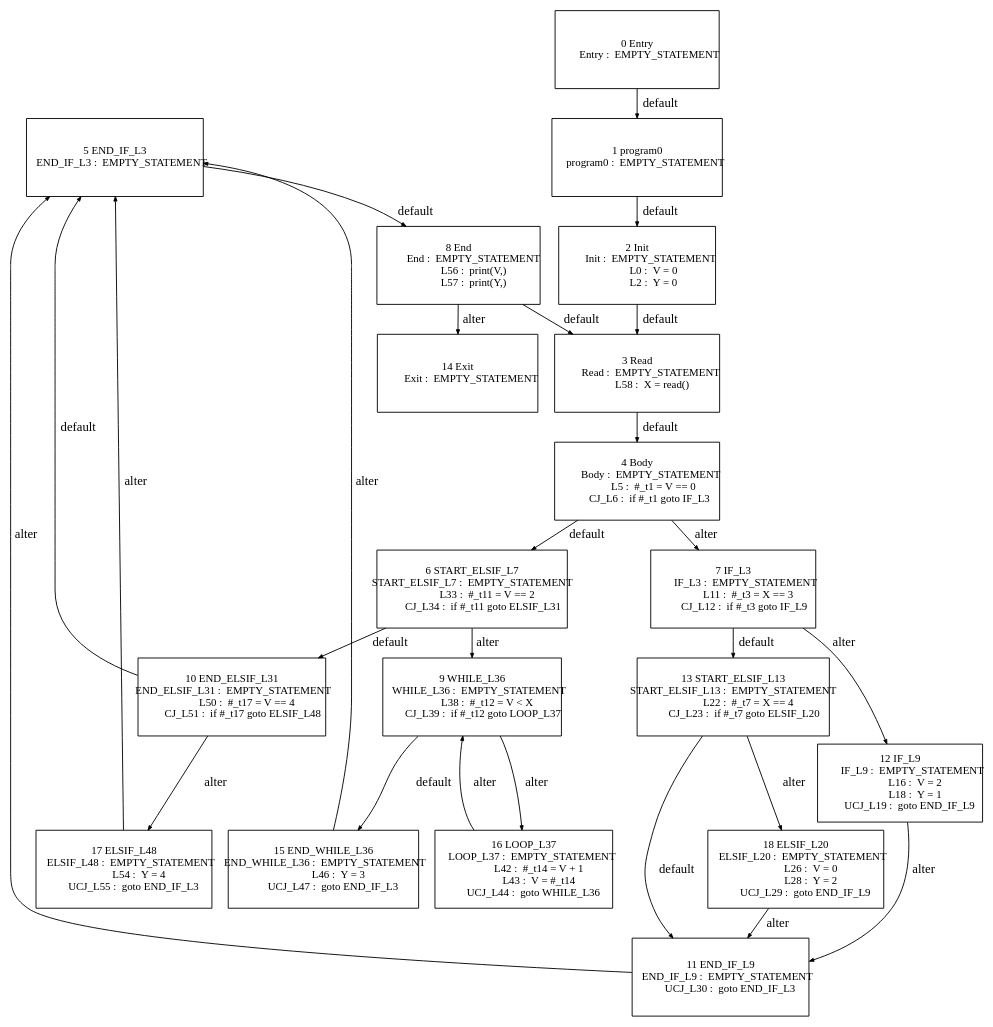
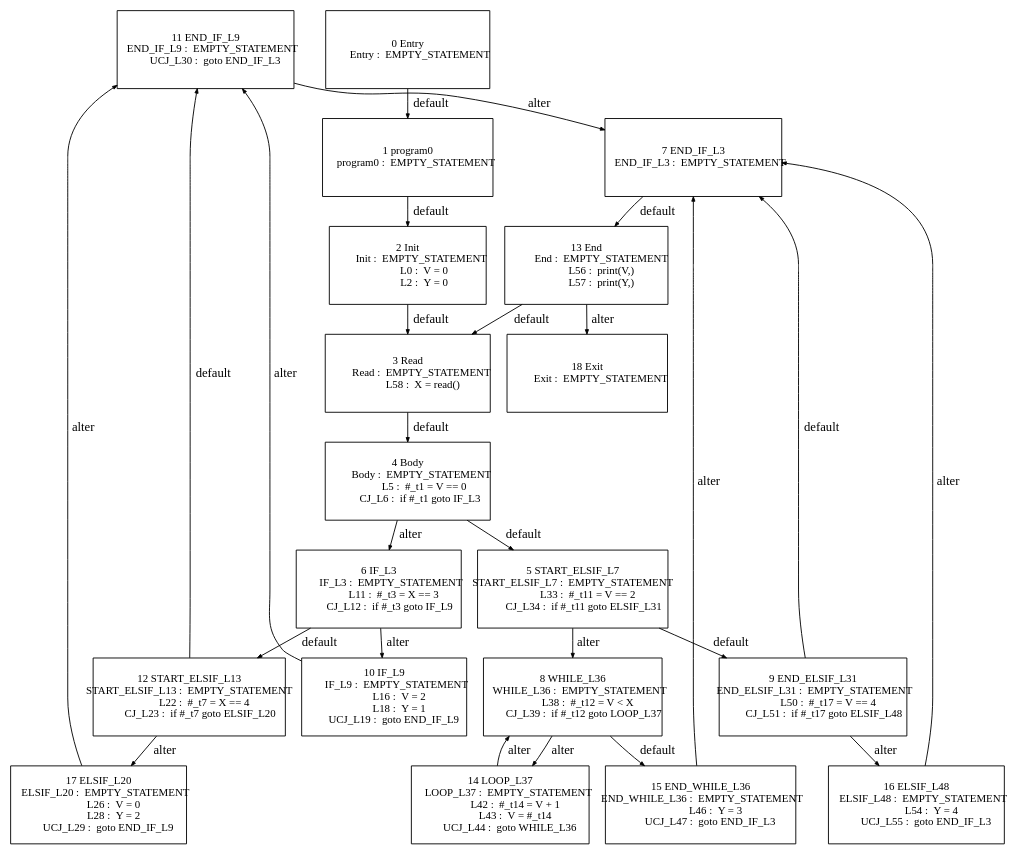
The diagram in tests_programs/paper1_tests/example_output/Graph_example_DSE_0.dot (Geoffrey1014/ST_DSE), drawn with Graphviz before and after one commit. The commit also changed 117 other files, not shown here.

```diff
--- a/tests_programs/paper1_tests/example_output/Graph_example_DSE_0.dot
+++ b/tests_programs/paper1_tests/example_output/Graph_example_DSE_0.dot
@@ -3,71 +3,71 @@
   edge [arrowsize=.5]
   node [shape=rectangle, fontname="ArialNarrow",
         fontsize=12,  height=1.2];
-  "5 END_IF_L3
-      END_IF_L3 :  EMPTY_STATEMENT
-"; "11 END_IF_L9
+  "11 END_IF_L9
       END_IF_L9 :  EMPTY_STATEMENT
         UCJ_L30 :  goto END_IF_L3
-"; "18 ELSIF_L20
-      ELSIF_L20 :  EMPTY_STATEMENT
-            L26 :  V = 0
-            L28 :  Y = 2
-        UCJ_L29 :  goto END_IF_L9
-"; "6 START_ELSIF_L7
+"; "5 START_ELSIF_L7
  START_ELSIF_L7 :  EMPTY_STATEMENT
             L33 :  #_t11 = V == 2
          CJ_L34 :  if #_t11 goto ELSIF_L31
-"; "9 WHILE_L36
+"; "6 IF_L3
+          IF_L3 :  EMPTY_STATEMENT
+            L11 :  #_t3 = X == 3
+         CJ_L12 :  if #_t3 goto IF_L9
+"; "8 WHILE_L36
       WHILE_L36 :  EMPTY_STATEMENT
             L38 :  #_t12 = V < X
          CJ_L39 :  if #_t12 goto LOOP_L37
 "; "3 Read
            Read :  EMPTY_STATEMENT
             L58 :  X = read()
-"; "10 END_ELSIF_L31
+"; "12 START_ELSIF_L13
+START_ELSIF_L13 :  EMPTY_STATEMENT
+            L22 :  #_t7 = X == 4
+         CJ_L23 :  if #_t7 goto ELSIF_L20
+"; "17 ELSIF_L20
+      ELSIF_L20 :  EMPTY_STATEMENT
+            L26 :  V = 0
+            L28 :  Y = 2
+        UCJ_L29 :  goto END_IF_L9
+"; "14 LOOP_L37
+       LOOP_L37 :  EMPTY_STATEMENT
+            L42 :  #_t14 = V + 1
+            L43 :  V = #_t14
+        UCJ_L44 :  goto WHILE_L36
+"; "13 End
+            End :  EMPTY_STATEMENT
+            L56 :  print(V,)
+            L57 :  print(Y,)
+"; "16 ELSIF_L48
+      ELSIF_L48 :  EMPTY_STATEMENT
+            L54 :  Y = 4
+        UCJ_L55 :  goto END_IF_L3
+"; "9 END_ELSIF_L31
   END_ELSIF_L31 :  EMPTY_STATEMENT
             L50 :  #_t17 = V == 4
          CJ_L51 :  if #_t17 goto ELSIF_L48
+"; "7 END_IF_L3
+      END_IF_L3 :  EMPTY_STATEMENT
 "; "2 Init
            Init :  EMPTY_STATEMENT
              L0 :  V = 0
              L2 :  Y = 0
-"; "16 LOOP_L37
-       LOOP_L37 :  EMPTY_STATEMENT
-            L42 :  #_t14 = V + 1
-            L43 :  V = #_t14
-        UCJ_L44 :  goto WHILE_L36
 "; "4 Body
            Body :  EMPTY_STATEMENT
              L5 :  #_t1 = V == 0
           CJ_L6 :  if #_t1 goto IF_L3
 "; "0 Entry
           Entry :  EMPTY_STATEMENT
-"; "8 End
-            End :  EMPTY_STATEMENT
-            L56 :  print(V,)
-            L57 :  print(Y,)
-"; "14 Exit
+"; "18 Exit
            Exit :  EMPTY_STATEMENT
 "; "1 program0
        program0 :  EMPTY_STATEMENT
-"; "7 IF_L3
-          IF_L3 :  EMPTY_STATEMENT
-            L11 :  #_t3 = X == 3
-         CJ_L12 :  if #_t3 goto IF_L9
-"; "13 START_ELSIF_L13
-START_ELSIF_L13 :  EMPTY_STATEMENT
-            L22 :  #_t7 = X == 4
-         CJ_L23 :  if #_t7 goto ELSIF_L20
-"; "12 IF_L9
+"; "10 IF_L9
           IF_L9 :  EMPTY_STATEMENT
             L16 :  V = 2
             L18 :  Y = 1
         UCJ_L19 :  goto END_IF_L9
-"; "17 ELSIF_L48
-      ELSIF_L48 :  EMPTY_STATEMENT
-            L54 :  Y = 4
-        UCJ_L55 :  goto END_IF_L3
 "; "15 END_WHILE_L36
   END_WHILE_L36 :  EMPTY_STATEMENT
             L46 :  Y = 3
@@ -92,7 +92,7 @@
            Body :  EMPTY_STATEMENT
              L5 :  #_t1 = V == 0
           CJ_L6 :  if #_t1 goto IF_L3
-" -> "6 START_ELSIF_L7
+" -> "5 START_ELSIF_L7
  START_ELSIF_L7 :  EMPTY_STATEMENT
             L33 :  #_t11 = V == 2
          CJ_L34 :  if #_t11 goto ELSIF_L31
@@ -101,31 +101,31 @@
            Body :  EMPTY_STATEMENT
              L5 :  #_t1 = V == 0
           CJ_L6 :  if #_t1 goto IF_L3
-" -> "7 IF_L3
+" -> "6 IF_L3
           IF_L3 :  EMPTY_STATEMENT
             L11 :  #_t3 = X == 3
          CJ_L12 :  if #_t3 goto IF_L9
 "  [label="alter"];
-  "7 IF_L3
+  "6 IF_L3
           IF_L3 :  EMPTY_STATEMENT
             L11 :  #_t3 = X == 3
          CJ_L12 :  if #_t3 goto IF_L9
-" -> "13 START_ELSIF_L13
+" -> "12 START_ELSIF_L13
 START_ELSIF_L13 :  EMPTY_STATEMENT
             L22 :  #_t7 = X == 4
          CJ_L23 :  if #_t7 goto ELSIF_L20
 "  [label="default"];
-  "7 IF_L3
+  "6 IF_L3
           IF_L3 :  EMPTY_STATEMENT
             L11 :  #_t3 = X == 3
          CJ_L12 :  if #_t3 goto IF_L9
-" -> "12 IF_L9
+" -> "10 IF_L9
           IF_L9 :  EMPTY_STATEMENT
             L16 :  V = 2
             L18 :  Y = 1
         UCJ_L19 :  goto END_IF_L9
 "  [label="alter"];
-  "12 IF_L9
+  "10 IF_L9
           IF_L9 :  EMPTY_STATEMENT
             L16 :  V = 2
             L18 :  Y = 1
@@ -134,7 +134,7 @@
       END_IF_L9 :  EMPTY_STATEMENT
         UCJ_L30 :  goto END_IF_L3
 "  [label="alter"];
-  "13 START_ELSIF_L13
+  "12 START_ELSIF_L13
 START_ELSIF_L13 :  EMPTY_STATEMENT
             L22 :  #_t7 = X == 4
          CJ_L23 :  if #_t7 goto ELSIF_L20
@@ -142,17 +142,17 @@
       END_IF_L9 :  EMPTY_STATEMENT
         UCJ_L30 :  goto END_IF_L3
 "  [label="default"];
-  "13 START_ELSIF_L13
+  "12 START_ELSIF_L13
 START_ELSIF_L13 :  EMPTY_STATEMENT
             L22 :  #_t7 = X == 4
          CJ_L23 :  if #_t7 goto ELSIF_L20
-" -> "18 ELSIF_L20
+" -> "17 ELSIF_L20
       ELSIF_L20 :  EMPTY_STATEMENT
             L26 :  V = 0
             L28 :  Y = 2
         UCJ_L29 :  goto END_IF_L9
 "  [label="alter"];
-  "18 ELSIF_L20
+  "17 ELSIF_L20
       ELSIF_L20 :  EMPTY_STATEMENT
             L26 :  V = 0
             L28 :  Y = 2
@@ -164,28 +164,28 @@
   "11 END_IF_L9
       END_IF_L9 :  EMPTY_STATEMENT
         UCJ_L30 :  goto END_IF_L3
-" -> "5 END_IF_L3
+" -> "7 END_IF_L3
       END_IF_L3 :  EMPTY_STATEMENT
 "  [label="alter"];
-  "6 START_ELSIF_L7
+  "5 START_ELSIF_L7
  START_ELSIF_L7 :  EMPTY_STATEMENT
             L33 :  #_t11 = V == 2
          CJ_L34 :  if #_t11 goto ELSIF_L31
-" -> "10 END_ELSIF_L31
+" -> "9 END_ELSIF_L31
   END_ELSIF_L31 :  EMPTY_STATEMENT
             L50 :  #_t17 = V == 4
          CJ_L51 :  if #_t17 goto ELSIF_L48
 "  [label="default"];
-  "6 START_ELSIF_L7
+  "5 START_ELSIF_L7
  START_ELSIF_L7 :  EMPTY_STATEMENT
             L33 :  #_t11 = V == 2
          CJ_L34 :  if #_t11 goto ELSIF_L31
-" -> "9 WHILE_L36
+" -> "8 WHILE_L36
       WHILE_L36 :  EMPTY_STATEMENT
             L38 :  #_t12 = V < X
          CJ_L39 :  if #_t12 goto LOOP_L37
 "  [label="alter"];
-  "9 WHILE_L36
+  "8 WHILE_L36
       WHILE_L36 :  EMPTY_STATEMENT
             L38 :  #_t12 = V < X
          CJ_L39 :  if #_t12 goto LOOP_L37
@@ -194,22 +194,22 @@
             L46 :  Y = 3
         UCJ_L47 :  goto END_IF_L3
 "  [label="default"];
-  "9 WHILE_L36
+  "8 WHILE_L36
       WHILE_L36 :  EMPTY_STATEMENT
             L38 :  #_t12 = V < X
          CJ_L39 :  if #_t12 goto LOOP_L37
-" -> "16 LOOP_L37
+" -> "14 LOOP_L37
        LOOP_L37 :  EMPTY_STATEMENT
             L42 :  #_t14 = V + 1
             L43 :  V = #_t14
         UCJ_L44 :  goto WHILE_L36
 "  [label="alter"];
-  "16 LOOP_L37
+  "14 LOOP_L37
        LOOP_L37 :  EMPTY_STATEMENT
             L42 :  #_t14 = V + 1
             L43 :  V = #_t14
         UCJ_L44 :  goto WHILE_L36
-" -> "9 WHILE_L36
+" -> "8 WHILE_L36
       WHILE_L36 :  EMPTY_STATEMENT
             L38 :  #_t12 = V < X
          CJ_L39 :  if #_t12 goto LOOP_L37
@@ -218,35 +218,35 @@
   END_WHILE_L36 :  EMPTY_STATEMENT
             L46 :  Y = 3
         UCJ_L47 :  goto END_IF_L3
-" -> "5 END_IF_L3
+" -> "7 END_IF_L3
       END_IF_L3 :  EMPTY_STATEMENT
 "  [label="alter"];
-  "10 END_ELSIF_L31
+  "9 END_ELSIF_L31
   END_ELSIF_L31 :  EMPTY_STATEMENT
             L50 :  #_t17 = V == 4
          CJ_L51 :  if #_t17 goto ELSIF_L48
-" -> "5 END_IF_L3
+" -> "7 END_IF_L3
       END_IF_L3 :  EMPTY_STATEMENT
 "  [label="default"];
-  "10 END_ELSIF_L31
+  "9 END_ELSIF_L31
   END_ELSIF_L31 :  EMPTY_STATEMENT
             L50 :  #_t17 = V == 4
          CJ_L51 :  if #_t17 goto ELSIF_L48
-" -> "17 ELSIF_L48
+" -> "16 ELSIF_L48
       ELSIF_L48 :  EMPTY_STATEMENT
             L54 :  Y = 4
         UCJ_L55 :  goto END_IF_L3
 "  [label="alter"];
-  "17 ELSIF_L48
+  "16 ELSIF_L48
       ELSIF_L48 :  EMPTY_STATEMENT
             L54 :  Y = 4
         UCJ_L55 :  goto END_IF_L3
-" -> "5 END_IF_L3
+" -> "7 END_IF_L3
       END_IF_L3 :  EMPTY_STATEMENT
 "  [label="alter"];
-  "5 END_IF_L3
+  "7 END_IF_L3
       END_IF_L3 :  EMPTY_STATEMENT
-" -> "8 End
+" -> "13 End
             End :  EMPTY_STATEMENT
             L56 :  print(V,)
             L57 :  print(Y,)
@@ -256,7 +256,7 @@
 " -> "1 program0
        program0 :  EMPTY_STATEMENT
 "  [label="default"];
-  "8 End
+  "13 End
             End :  EMPTY_STATEMENT
             L56 :  print(V,)
             L57 :  print(Y,)
@@ -264,11 +264,11 @@
            Read :  EMPTY_STATEMENT
             L58 :  X = read()
 "  [label="default"];
-  "8 End
+  "13 End
             End :  EMPTY_STATEMENT
             L56 :  print(V,)
             L57 :  print(Y,)
-" -> "14 Exit
+" -> "18 Exit
            Exit :  EMPTY_STATEMENT
 "  [label="alter"];
   "3 Read
```
